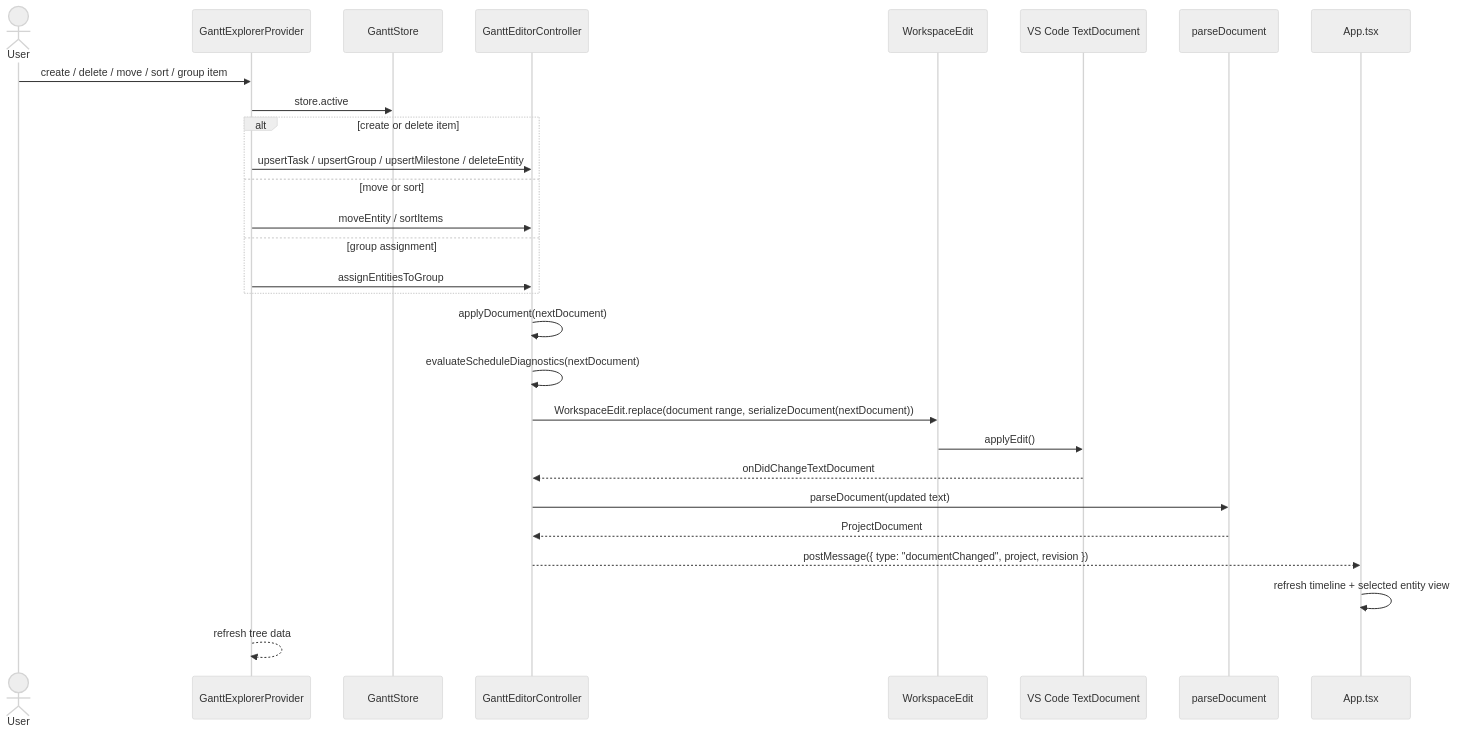
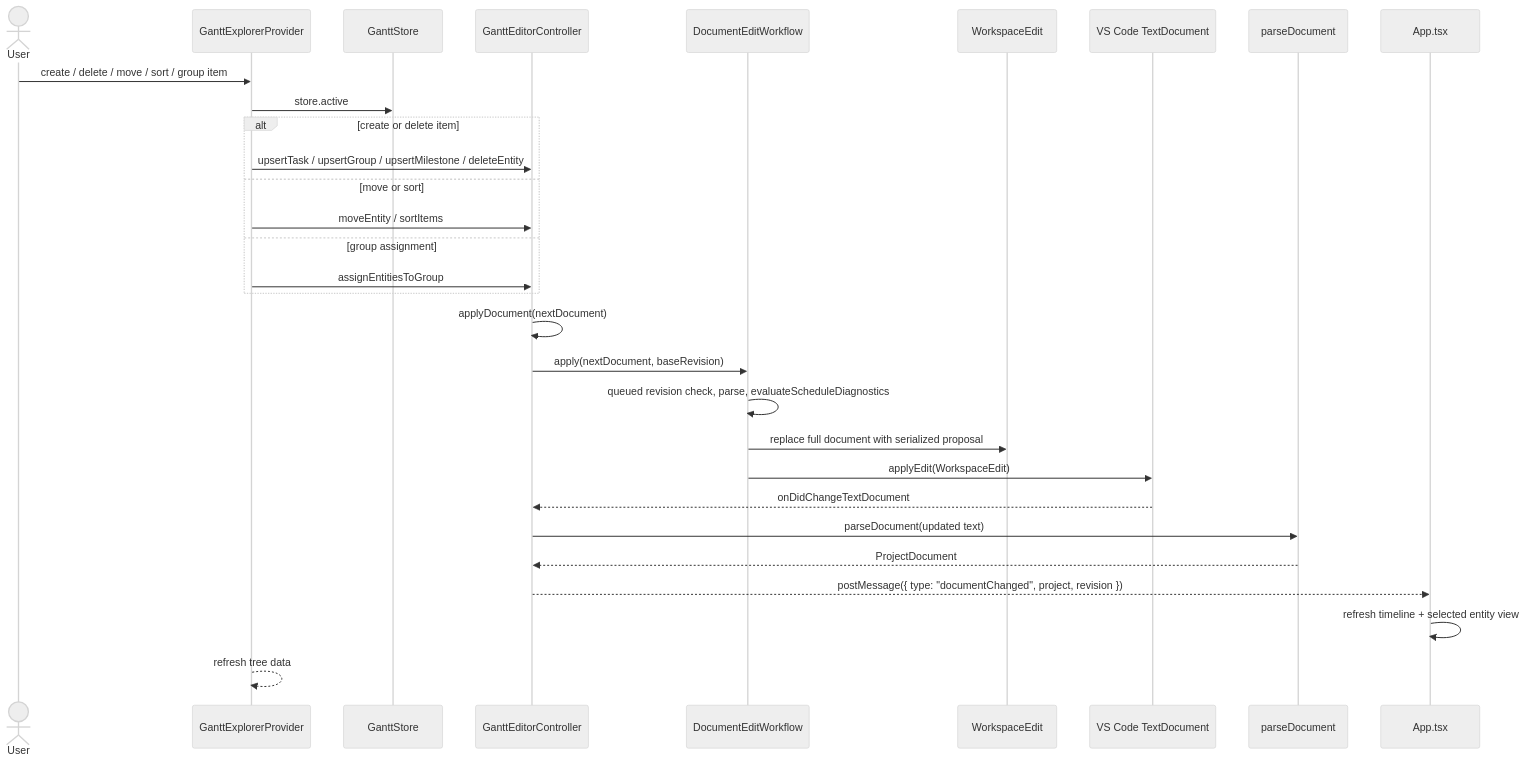
One commit to sergehas/ganttee changed the sixth of 7 diagrams in docs/documentation/gantt-model-hydration.md. Above: the diagram before and after it, drawn with Mermaid (neutral theme). The commit also changed other lines of this file and 5 other files, not shown here.

First line of the commit message:
refactor(editor): extract feedback and document edit workflows

````diff
--- a/docs/documentation/gantt-model-hydration.md
+++ b/docs/documentation/gantt-model-hydration.md
@@ -203,31 +253,33 @@
 ```mermaid
 sequenceDiagram
     actor User
     participant Tree as GanttExplorerProvider
     participant Store as GanttStore
     participant Ctrl as GanttEditorController
+    participant Edit as DocumentEditWorkflow
     participant Write as WorkspaceEdit
     participant VSC as VS Code TextDocument
     participant Parse as parseDocument
     participant App as App.tsx
 
     User->>Tree: create / delete / move / sort / group item
     Tree->>Store: store.active
     alt create or delete item
         Tree->>Ctrl: upsertTask / upsertGroup / upsertMilestone / deleteEntity
     else move or sort
         Tree->>Ctrl: moveEntity / sortItems
     else group assignment
         Tree->>Ctrl: assignEntitiesToGroup
     end
     Ctrl->>Ctrl: applyDocument(nextDocument)
-    Ctrl->>Ctrl: evaluateScheduleDiagnostics(nextDocument)
-    Ctrl->>Write: WorkspaceEdit.replace(document range, serializeDocument(nextDocument))
-    Write->>VSC: applyEdit()
+    Ctrl->>Edit: apply(nextDocument, baseRevision)
+    Edit->>Edit: queued revision check, parse, evaluateScheduleDiagnostics
+    Edit->>Write: replace full document with serialized proposal
+    Edit->>VSC: applyEdit(WorkspaceEdit)
     VSC-->>Ctrl: onDidChangeTextDocument
     Ctrl->>Parse: parseDocument(updated text)
     Parse-->>Ctrl: ProjectDocument
     Ctrl-->>App: postMessage({ type: "documentChanged", project, revision })
     App->>App: refresh timeline + selected entity view
     Tree-->>Tree: refresh tree data
 ```
````
